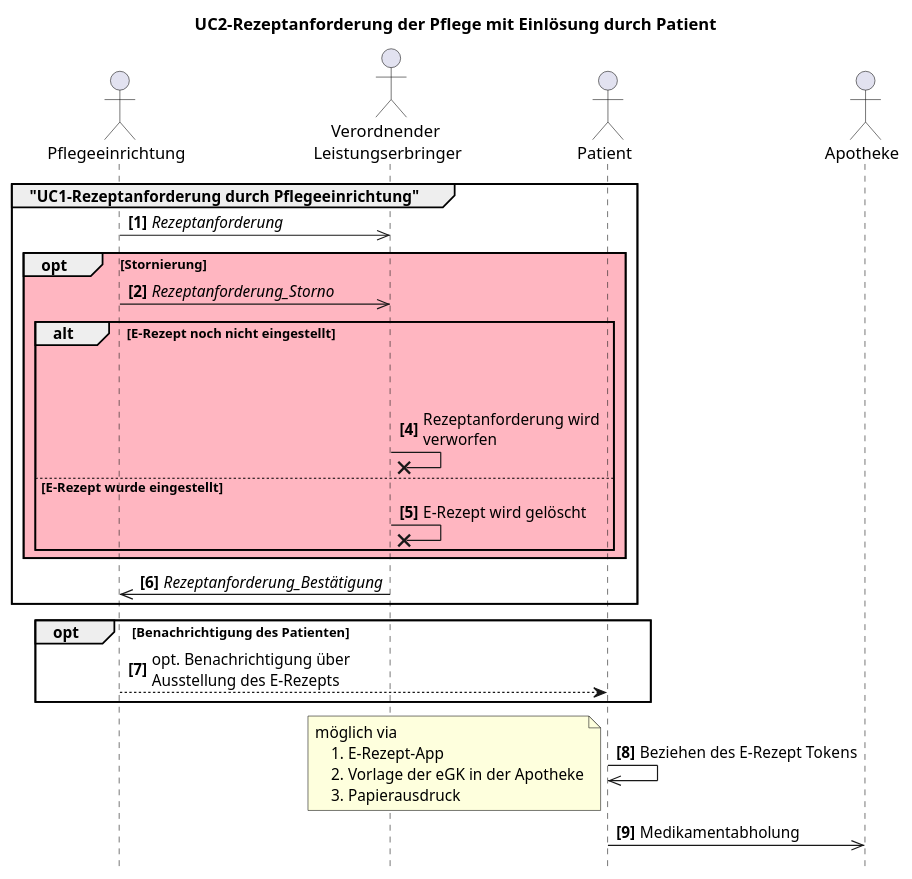
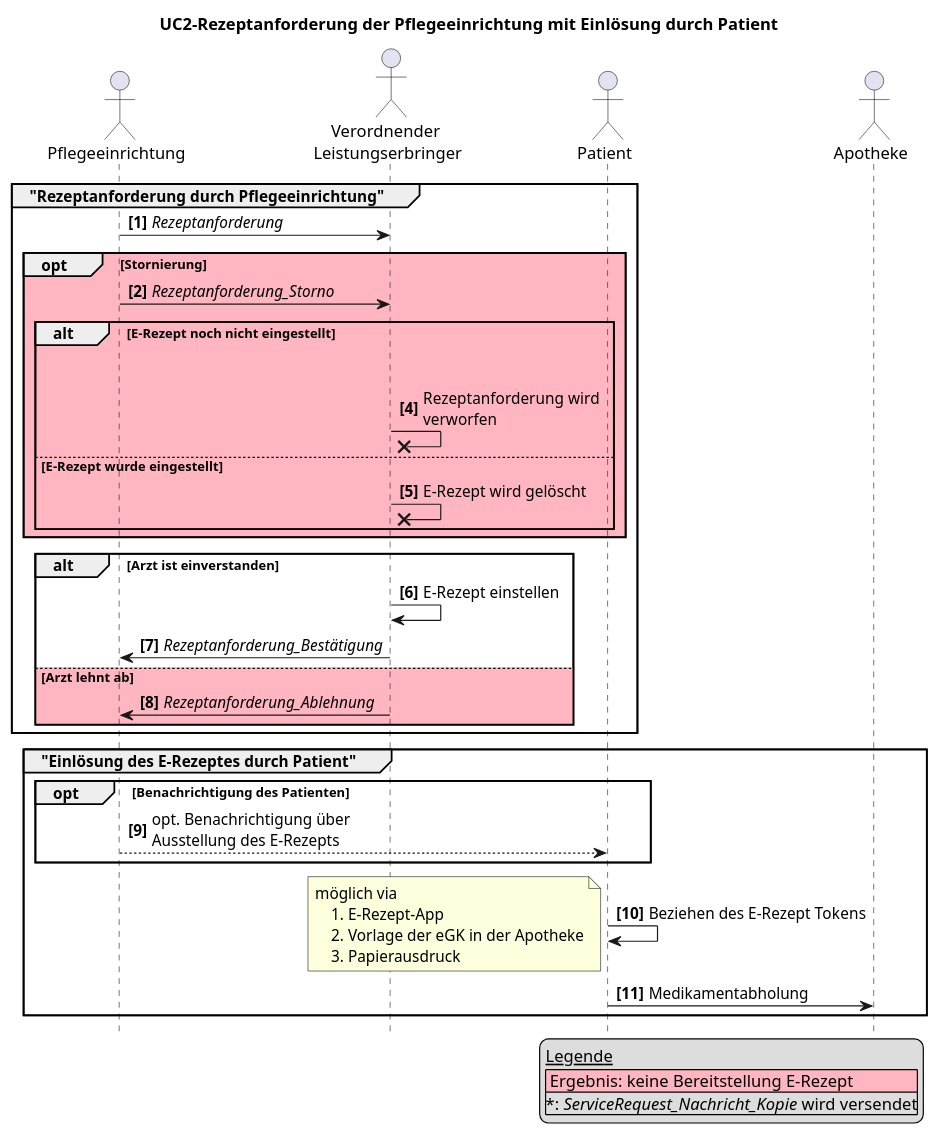
One commit to gematik/spec-E-Rezept-ServiceRequest changed the diagram in Resources/puml/gemF_eRp_KIM/UC2-rezeptanforderung-pflege-versicherteninvolvierung.puml. Above: the diagram before and after it, drawn with PlantUML. The commit also changed 3 other files, not shown here.

```diff
--- a/Resources/puml/gemF_eRp_KIM/UC2-rezeptanforderung-pflege-versicherteninvolvierung.puml
+++ b/Resources/puml/gemF_eRp_KIM/UC2-rezeptanforderung-pflege-versicherteninvolvierung.puml
@@ -1,45 +1,62 @@
 @startuml name = "UC2-Rezeptanforderung-Patienteninvolvierung"
 
 
 skinparam maxMessageSize 200
 
 actor "Pflegeeinrichtung" as Pflegeeinrichtung
 actor "Verordnender \nLeistungserbringer" as Arztpraxis
 actor Patient
 actor Apotheke
 
-title UC2-Rezeptanforderung der Pflege mit Einlösung durch Patient
+title UC2-Rezeptanforderung der Pflegeeinrichtung mit Einlösung durch Patient
 hide footbox
 autonumber "<b>[0]"
 
-group "UC1-Rezeptanforderung durch Pflegeeinrichtung"
-Pflegeeinrichtung ->> Arztpraxis: //Rezeptanforderung//
+legend bottom right
+    __Legende__
+    |<#LightPink> Ergebnis: keine Bereitstellung E-Rezept|
+    |*: //ServiceRequest_Nachricht_Kopie// wird versendet|
+endlegend
+
+group "Rezeptanforderung durch Pflegeeinrichtung"
+    Pflegeeinrichtung -> Arztpraxis: //Rezeptanforderung//
 
     opt #LightPink Stornierung
-        Pflegeeinrichtung ->> Arztpraxis: //Rezeptanforderung_Storno//
+        Pflegeeinrichtung -> Arztpraxis: //Rezeptanforderung_Storno//
         alt #LightPink E-Rezept noch nicht eingestellt
-        Pflegeeinrichtung -[hidden]-> Arztpraxis: Rezeptanforderung wird verworfen
+        Pflegeeinrichtung -[hidden]-> Arztpraxis
             Arztpraxis ->x Arztpraxis: Rezeptanforderung wird verworfen
         else #LightPink E-Rezept wurde eingestellt
             Arztpraxis ->x Arztpraxis: E-Rezept wird gelöscht
         end
     end
 
-Arztpraxis ->> Pflegeeinrichtung: //Rezeptanforderung_Bestätigung//
+    alt Arzt ist einverstanden 
+        Arztpraxis -> Arztpraxis: E-Rezept einstellen
+        Arztpraxis -> Pflegeeinrichtung: //Rezeptanforderung_Bestätigung//
+        
+    else #LightPink Arzt lehnt ab
+        Arztpraxis -> Pflegeeinrichtung: //Rezeptanforderung_Ablehnung//
+    end
+
 end
 
-opt Benachrichtigung des Patienten
-    Pflegeeinrichtung --> Patient: opt. Benachrichtigung über Ausstellung des E-Rezepts
+group "Einlösung des E-Rezeptes durch Patient"
+    opt Benachrichtigung des Patienten
+        Pflegeeinrichtung --> Patient: opt. Benachrichtigung über Ausstellung des E-Rezepts
+    end
+
+    Patient -> Patient: Beziehen des E-Rezept Tokens
+
+    note left
+        möglich via
+            1. E-Rezept-App
+            2. Vorlage der eGK in der Apotheke
+            3. Papierausdruck
+    end note
+
+    Patient -> Apotheke: Medikamentabholung
+
 end
 
-Patient ->> Patient: Beziehen des E-Rezept Tokens
-
-note left
-    möglich via
-        1. E-Rezept-App
-        2. Vorlage der eGK in der Apotheke
-        3. Papierausdruck
-end note
-
-Patient ->> Apotheke: Medikamentabholung
 @enduml
```
